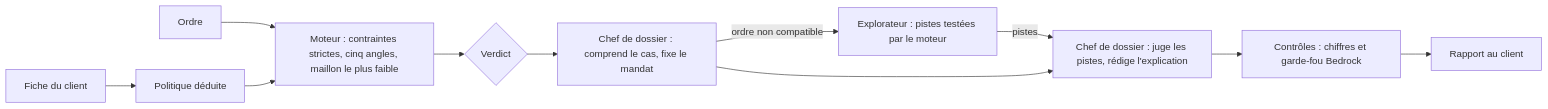
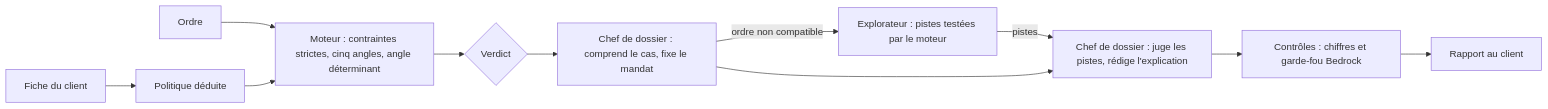
The first of 2 diagrams in README.md (rrramoe/garder-le-cap), drawn with Mermaid before and after one commit. The commit also changed other lines of this file, not shown here.

Commit message:
docs: README, vocabulaire de l'application, architecture AWS du déploiement, étapes de lancement par actions

````diff
--- a/README.md
+++ b/README.md
@@ -122,13 +122,13 @@
 ```mermaid
 flowchart LR
     F["Fiche du client"] --> P["Politique déduite"]
     O["Ordre"] --> M
-    P --> M["Moteur : contraintes strictes, cinq angles, maillon le plus faible"]
+    P --> M["Moteur : contraintes strictes, cinq angles, angle déterminant"]
     M --> V{"Verdict"}
     V --> C["Chef de dossier : comprend le cas, fixe le mandat"]
     C -->|"ordre non compatible"| E["Explorateur : pistes testées par le moteur"]
     E -->|"pistes"| J["Chef de dossier : juge les pistes, rédige l'explication"]
     C --> J
     J --> G["Contrôles : chiffres et garde-fou Bedrock"]
     G --> R["Rapport au client"]
 ```
````
